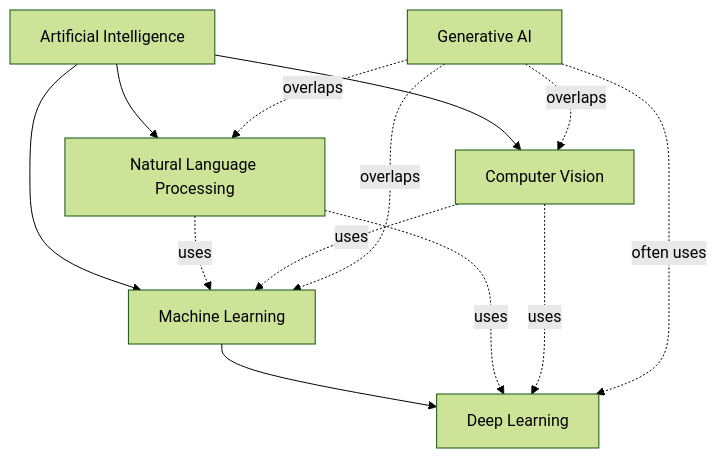
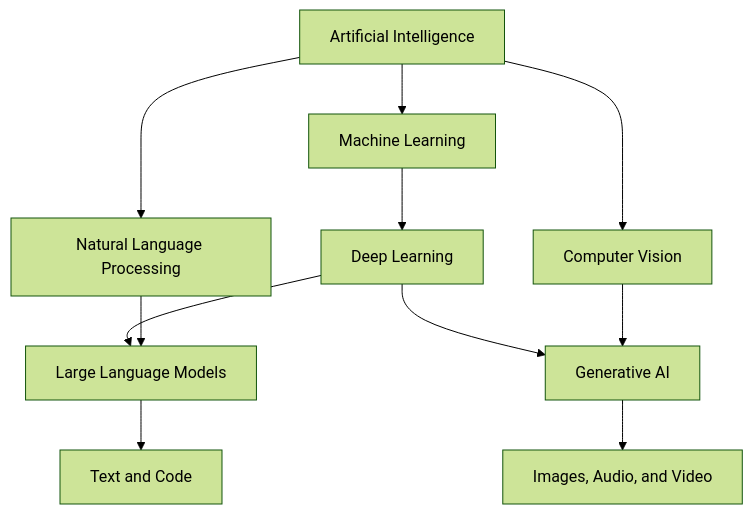
The diagram in ai-landscape.md (Mishiez/ai-foundations), drawn with Mermaid (forest theme) before and after one commit.

Commit message:
docs: simplify AI landscape diagram

````diff
--- a/ai-landscape.md
+++ b/ai-landscape.md
@@ -7,22 +7,19 @@
 ```mermaid
 flowchart TD
-    AI[Artificial Intelligence]
-    ML[Machine Learning]
-    NLP[Natural Language Processing]
-    CV[Computer Vision]
-    DL[Deep Learning]
-    GEN[Generative AI]
+    AI["Artificial Intelligence"]
 
-    AI --> ML
-    AI --> NLP
-    AI --> CV
-    ML --> DL
-    NLP -. uses .-> ML
-    NLP -. uses .-> DL
-    CV -. uses .-> ML
-    CV -. uses .-> DL
-    GEN -. overlaps .-> ML
-    GEN -. overlaps .-> NLP
-    GEN -. overlaps .-> CV
-    GEN -. often uses .-> DL
+    AI --> ML["Machine Learning"]
+    AI --> NLP["Natural Language Processing"]
+    AI --> CV["Computer Vision"]
+
+    ML --> DL["Deep Learning"]
+
+    DL --> LLM["Large Language Models"]
+    DL --> GEN["Generative AI"]
+
+    NLP --> LLM
+    CV --> GEN
+
+    LLM --> TEXT["Text and Code"]
+    GEN --> IMAGE["Images, Audio, and Video"]
 ```
````
